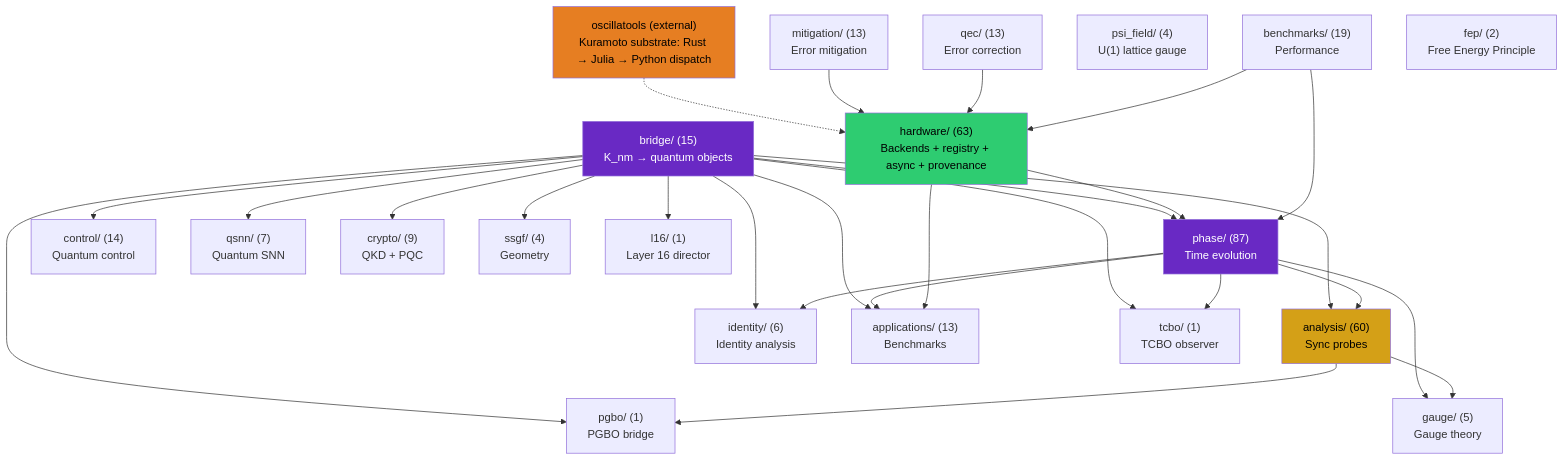
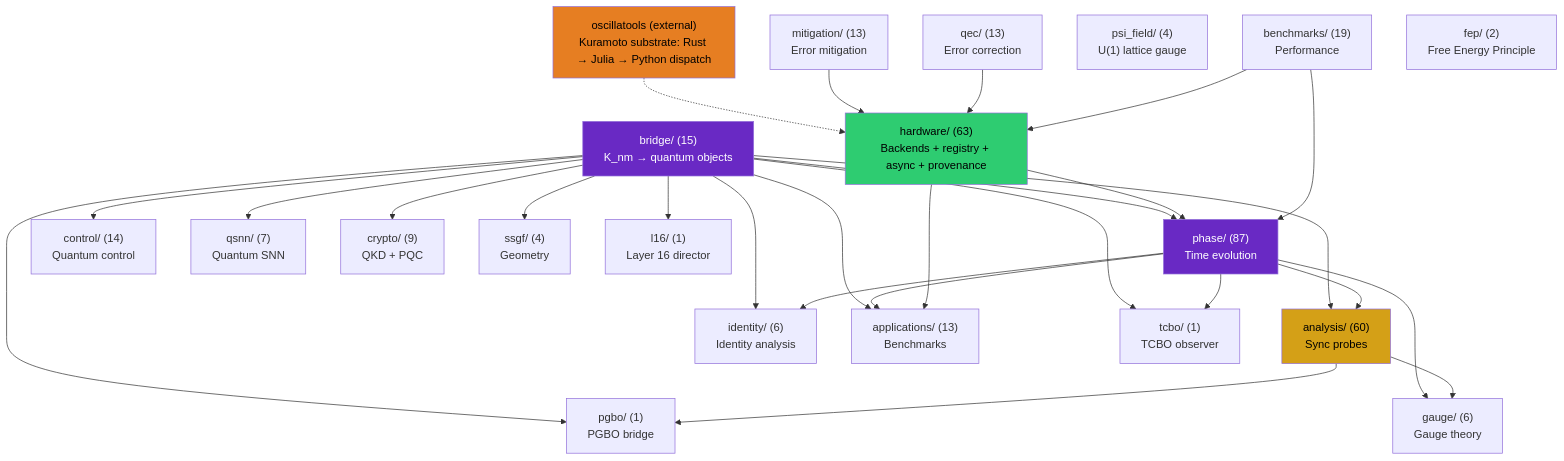
One commit to anulum/scpn-quantum-control changed the first of 4 diagrams in docs/architecture.md. Above: the diagram before and after it, drawn with Mermaid. The commit also changed 10 other files, not shown here.

````diff
--- a/docs/architecture.md
+++ b/docs/architecture.md
@@ -88,55 +88,55 @@
 ```mermaid
 graph TD
     bridge["bridge/ (15)\nK_nm → quantum objects"]
     phase["phase/ (87)\nTime evolution"]
     analysis["analysis/ (60)\nSync probes"]
     control["control/ (14)\nQuantum control"]
     qsnn["qsnn/ (7)\nQuantum SNN"]
     identity["identity/ (6)\nIdentity analysis"]
     hardware["hardware/ (63)\nBackends + registry + async + provenance"]
     mitigation["mitigation/ (13)\nError mitigation"]
     qec["qec/ (13)\nError correction"]
-    gauge["gauge/ (5)\nGauge theory"]
+    gauge["gauge/ (6)\nGauge theory"]
     apps["applications/ (13)\nBenchmarks"]
     crypto["crypto/ (9)\nQKD + PQC"]
     benchmarks["benchmarks/ (19)\nPerformance"]
     ssgf["ssgf/ (4)\nGeometry"]
     psi_field["psi_field/ (4)\nU(1) lattice gauge"]
     oscillatools["oscillatools (external)\nKuramoto substrate: Rust → Julia → Python dispatch"]
     fep["fep/ (2)\nFree Energy Principle"]
     tcbo["tcbo/ (1)\nTCBO observer"]
     pgbo["pgbo/ (1)\nPGBO bridge"]
     l16["l16/ (1)\nLayer 16 director"]
 
     bridge --> phase
     bridge --> analysis
     bridge --> control
     bridge --> qsnn
     bridge --> identity
     bridge --> apps
     bridge --> crypto
     bridge --> ssgf
     phase --> analysis
     phase --> identity
     phase --> apps
     phase --> gauge
     analysis --> gauge
     hardware --> phase
     hardware --> apps
     oscillatools -.-> hardware
     mitigation --> hardware
     qec --> hardware
     benchmarks --> phase
     benchmarks --> hardware
     bridge --> tcbo
     bridge --> pgbo
     bridge --> l16
     phase --> tcbo
     analysis --> pgbo
 
     style bridge fill:#6929C4,color:#fff
     style analysis fill:#d4a017,color:#000
     style phase fill:#6929C4,color:#fff
     style hardware fill:#2ecc71,color:#000
     style oscillatools fill:#e67e22,color:#000
 ```
````
